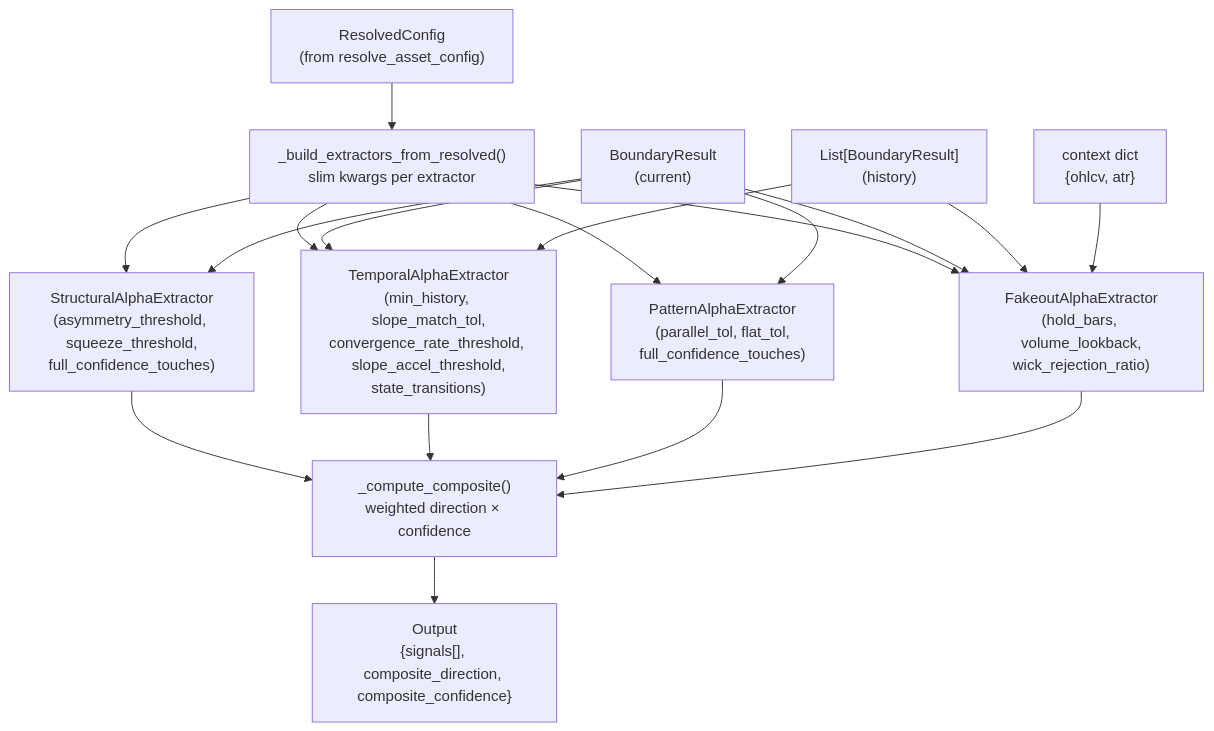
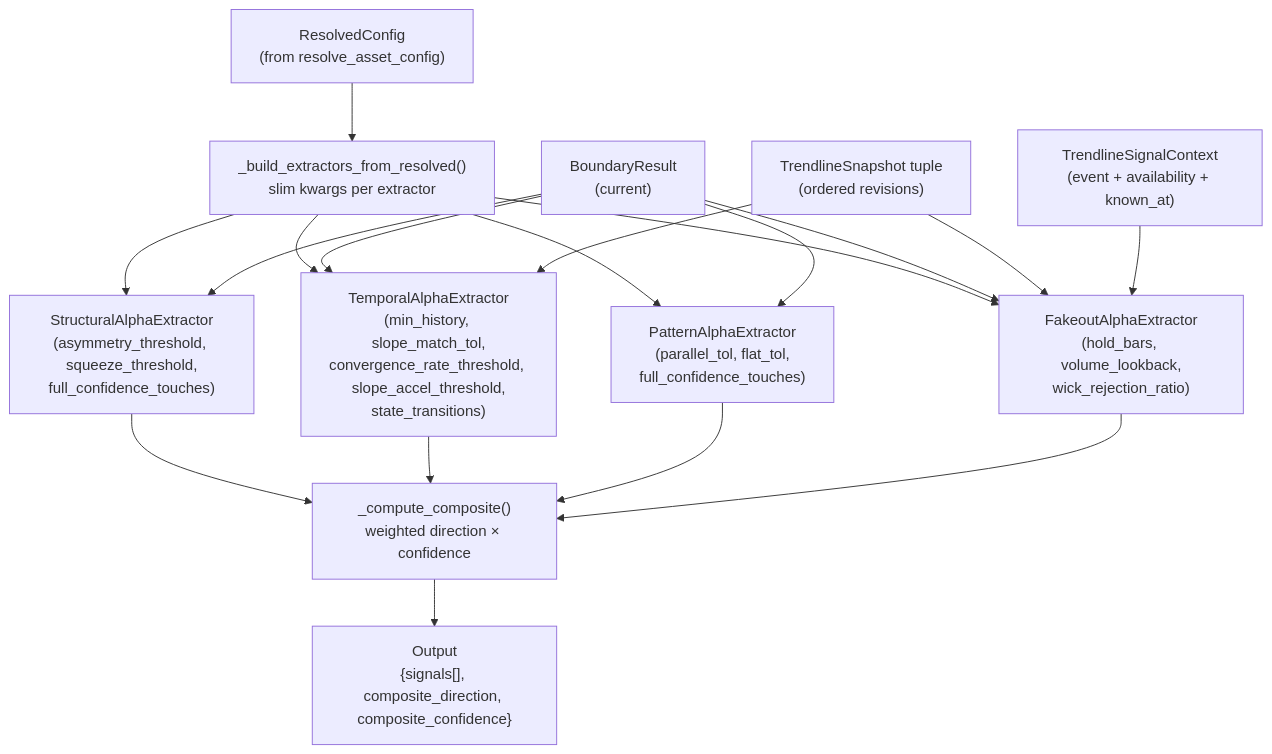
One commit to transparentCode/flipperAgent changed the fourth of 5 diagrams in src/libs/models/trendlines/docs/architecture.md. Above: the diagram before and after it, drawn with Mermaid. The commit also changed other lines of this file and 24 other files, not shown here.

Commit message:
feat: enforce causal trendline signal inputs

````diff
--- a/src/libs/models/trendlines/docs/architecture.md
+++ b/src/libs/models/trendlines/docs/architecture.md
@@ -190,23 +190,23 @@
 ```mermaid
 flowchart TD
     RC["ResolvedConfig\n(from resolve_asset_config)"]
     BR["BoundaryResult\n(current)"]
-    HI["List[BoundaryResult]\n(history)"]
-    CTX["context dict\n{ohlcv, atr}"]
+    HI["TrendlineSnapshot tuple\n(ordered revisions)"]
+    CTX["TrendlineSignalContext\n(event + availability + known_at)"]
 
     BUILD["_build_extractors_from_resolved()\nslim kwargs per extractor"]
 
     STR["StructuralAlphaExtractor\n(asymmetry_threshold, squeeze_threshold,\nfull_confidence_touches)"]
     TMP["TemporalAlphaExtractor\n(min_history, slope_match_tol,\nconvergence_rate_threshold, slope_accel_threshold,\nstate_transitions)"]
     PAT["PatternAlphaExtractor\n(parallel_tol, flat_tol,\nfull_confidence_touches)"]
     FAK["FakeoutAlphaExtractor\n(hold_bars, volume_lookback,\nwick_rejection_ratio)"]
 
     AGG["_compute_composite()\nweighted direction × confidence"]
     OUT["Output\n{signals[], composite_direction, composite_confidence}"]
 
     RC --> BUILD --> STR & TMP & PAT & FAK
     BR --> STR & TMP & PAT & FAK
     HI --> TMP & FAK
     CTX --> FAK
     STR & TMP & PAT & FAK --> AGG --> OUT
 ```
````
